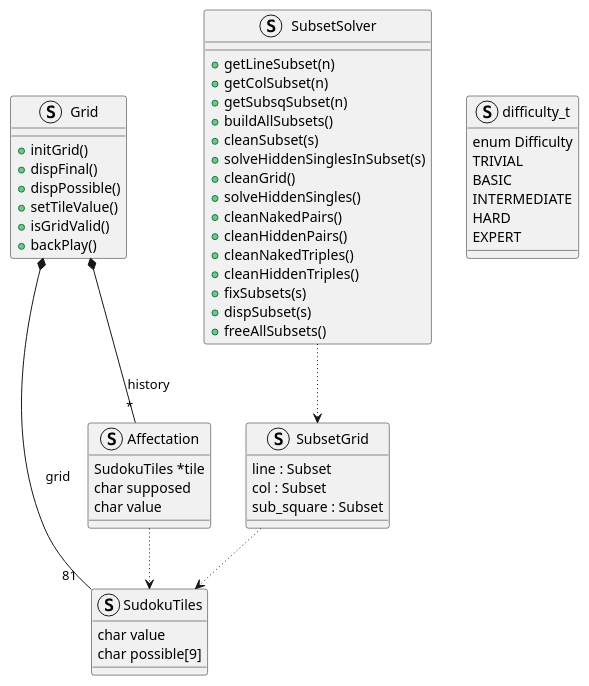
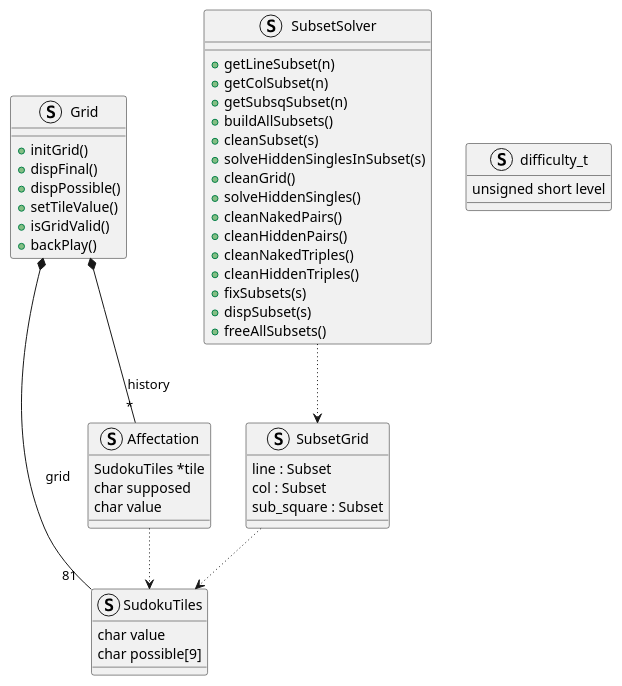
The diagram in doc/sudoku_solver.puml (SudokuSolverJUNIA2526/sudoku-solver), drawn with PlantUML before and after one commit. The commit also changed 4 other files, not shown here.

```diff
--- a/doc/sudoku_solver.puml
+++ b/doc/sudoku_solver.puml
@@ -1,67 +1,62 @@
 @startuml
 
 struct SudokuTiles {
     char value
     char possible[9]
 }
 
 ' stereotype **Subset
 
 struct Affectation {
     SudokuTiles *tile
     char supposed
     char value
 }
 
 struct Grid {
     + initGrid()
     + dispFinal()
     + dispPossible()
     + setTileValue()
     + isGridValid()
     + backPlay()
 }
 
 Grid *-- "81  " SudokuTiles : grid
 Grid *-- "*" Affectation : history
 
 Affectation -[dotted]-> SudokuTiles
 
 struct SubsetGrid {
     line : Subset
     col : Subset
     sub_square : Subset
 }
 
 struct SubsetSolver {
     + getLineSubset(n)
     + getColSubset(n)
     + getSubsqSubset(n)
     + buildAllSubsets()
     + cleanSubset(s)
     + solveHiddenSinglesInSubset(s)
     + cleanGrid()
     + solveHiddenSingles()
     + cleanNakedPairs()
     + cleanHiddenPairs()
     + cleanNakedTriples()
     + cleanHiddenTriples()
     + fixSubsets(s)
     + dispSubset(s)
     + freeAllSubsets()
 }
 
 SubsetSolver -[dotted]-> SubsetGrid
 
 SubsetGrid -[dotted]->  SudokuTiles
 
 struct difficulty_t {
-    enum Difficulty
-    TRIVIAL
-    BASIC
-    INTERMEDIATE
-    HARD
-    EXPERT
+    unsigned short level
 }
 
 @enduml
```
